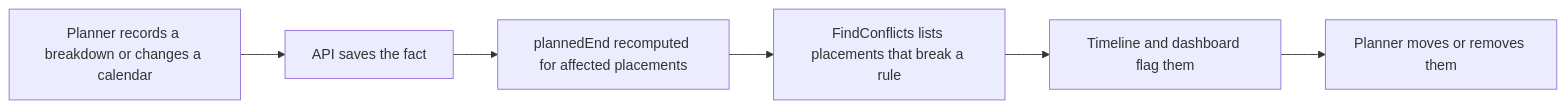
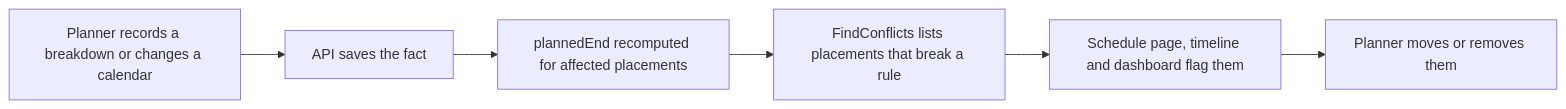
Before and after one commit to iamreallyacar/Scheduling: the fourth of 4 diagrams in ARCHITECTURE.md, drawn with Mermaid. The commit also changed other lines of this file and 48 other files, not shown here.

````diff
--- a/ARCHITECTURE.md
+++ b/ARCHITECTURE.md
@@ -195,8 +195,8 @@
 ```mermaid
 flowchart LR
     Fact["Planner records a breakdown or changes a calendar"] --> Save["API saves the fact"]
     Save --> Recompute["plannedEnd recomputed for affected placements"]
     Recompute --> Find["FindConflicts lists placements that break a rule"]
-    Find --> Flag["Timeline and dashboard flag them"]
+    Find --> Flag["Schedule page, timeline and dashboard flag them"]
     Flag --> Fix["Planner moves or removes them"]
 ```
````
